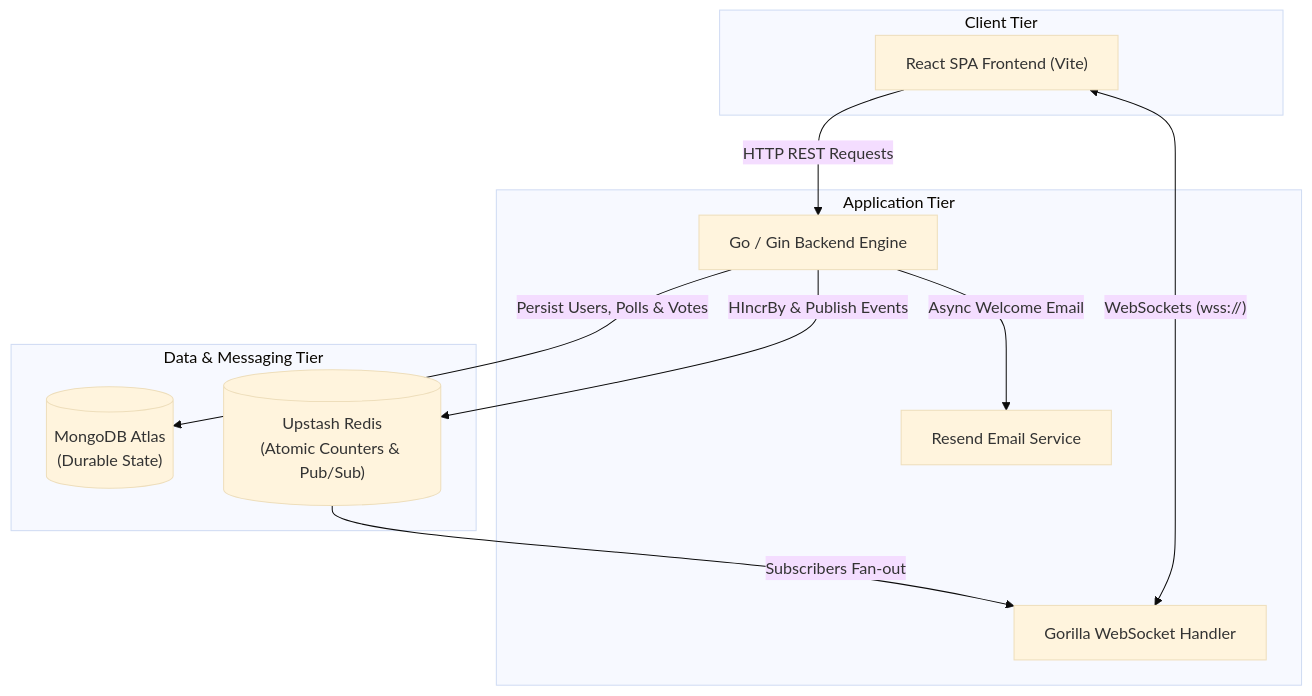
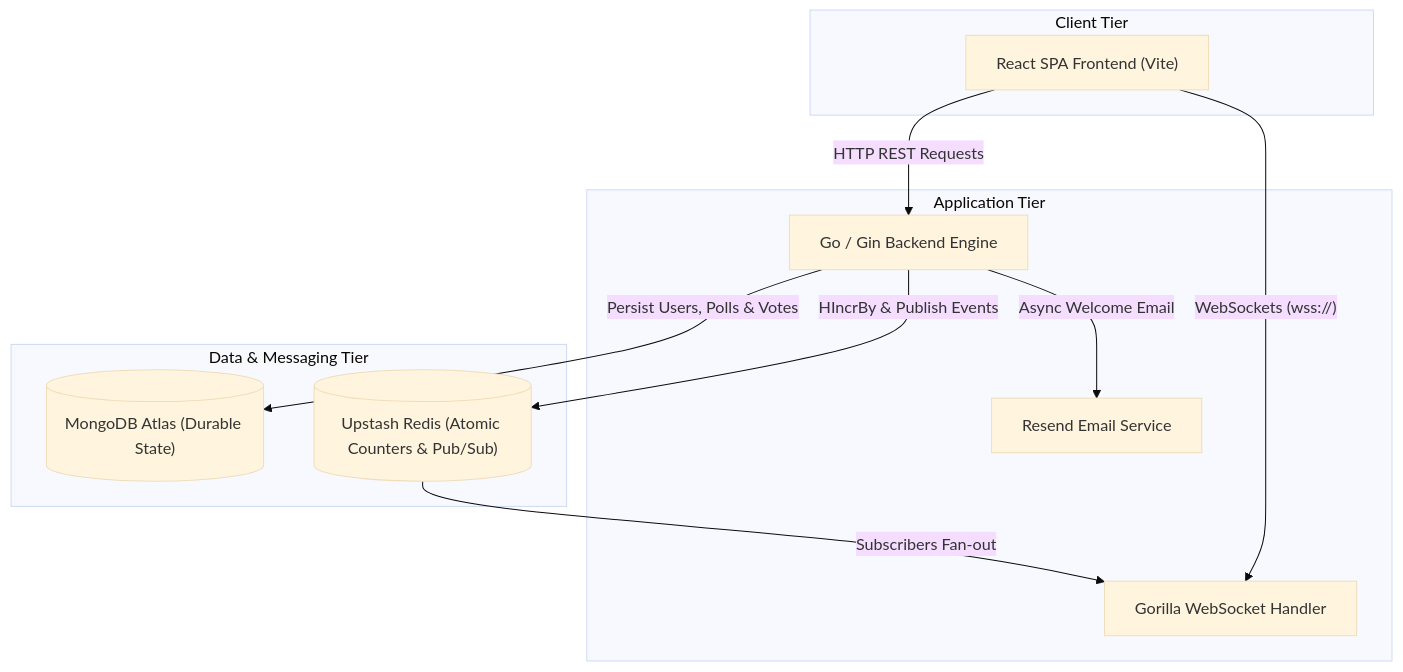
Before and after one commit to Nataraj-EL/PulsePoll: the second of 3 diagrams in README.md, drawn with Mermaid (base theme). The commit also changed other lines of this file, not shown here.

Commit message:
docs: refine Mermaid syntax and node quoting for robust Markdown rendering

````diff
--- a/README.md
+++ b/README.md
@@ -42,24 +42,24 @@
 ```mermaid
 graph TD
     subgraph Client Tier
         UI["React SPA Frontend (Vite)"]
     end
 
     subgraph Application Tier
         API["Go / Gin Backend Engine"]
         WS["Gorilla WebSocket Handler"]
         Email["Resend Email Service"]
     end
 
     subgraph Data & Messaging Tier
-        Mongo[("MongoDB Atlas\n(Durable State)")]
-        Redis[("Upstash Redis\n(Atomic Counters & Pub/Sub)")]
+        Mongo[("MongoDB Atlas (Durable State)")]
+        Redis[("Upstash Redis (Atomic Counters & Pub/Sub)")]
     end
 
     UI -->|"HTTP REST Requests"| API
-    UI <-->|"WebSockets (wss://)"| WS
+    UI -->|"WebSockets (wss://)"| WS
     API -->|"Persist Users, Polls & Votes"| Mongo
     API -->|"HIncrBy & Publish Events"| Redis
     Redis -->|"Subscribers Fan-out"| WS
     API -->|"Async Welcome Email"| Email
 ```
````
